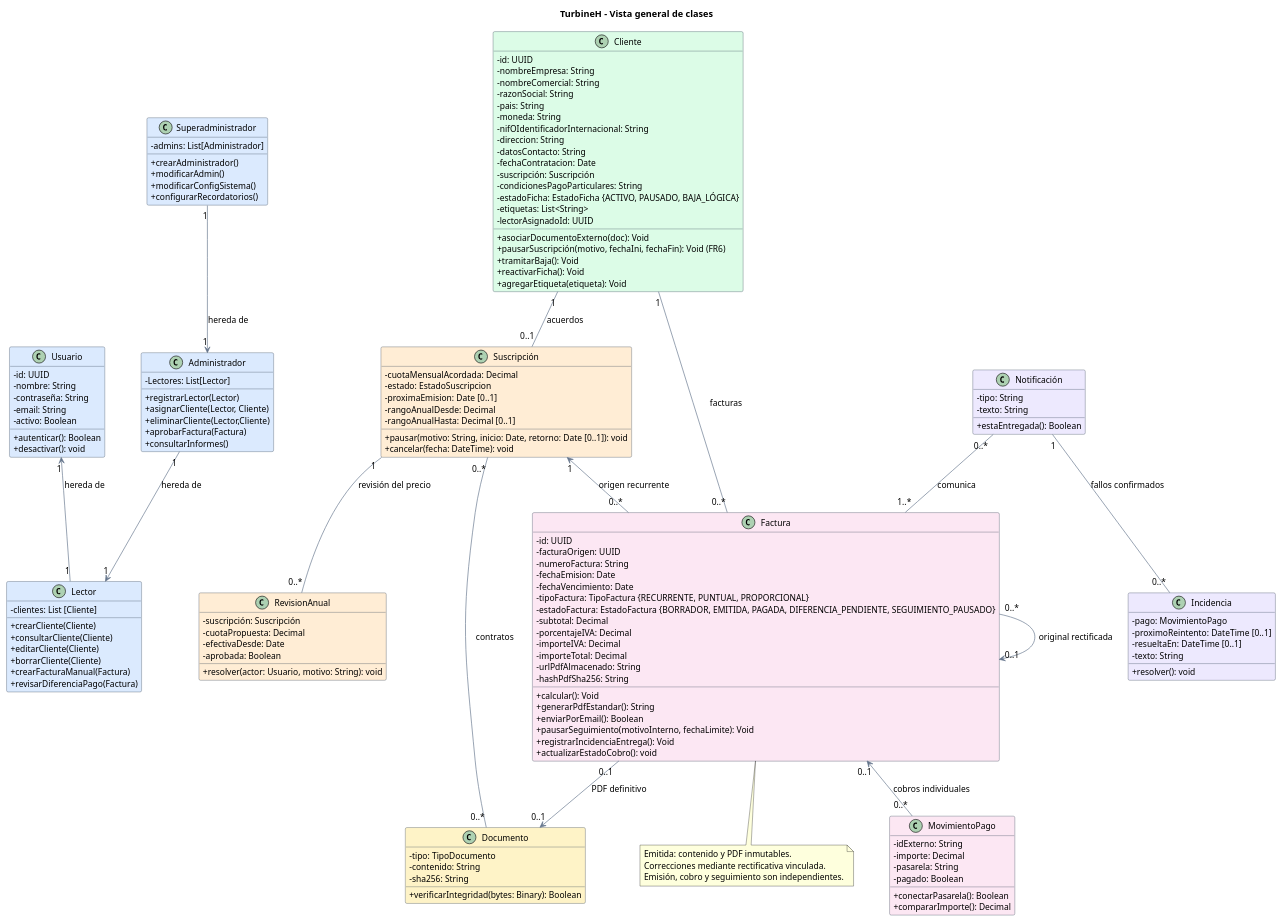
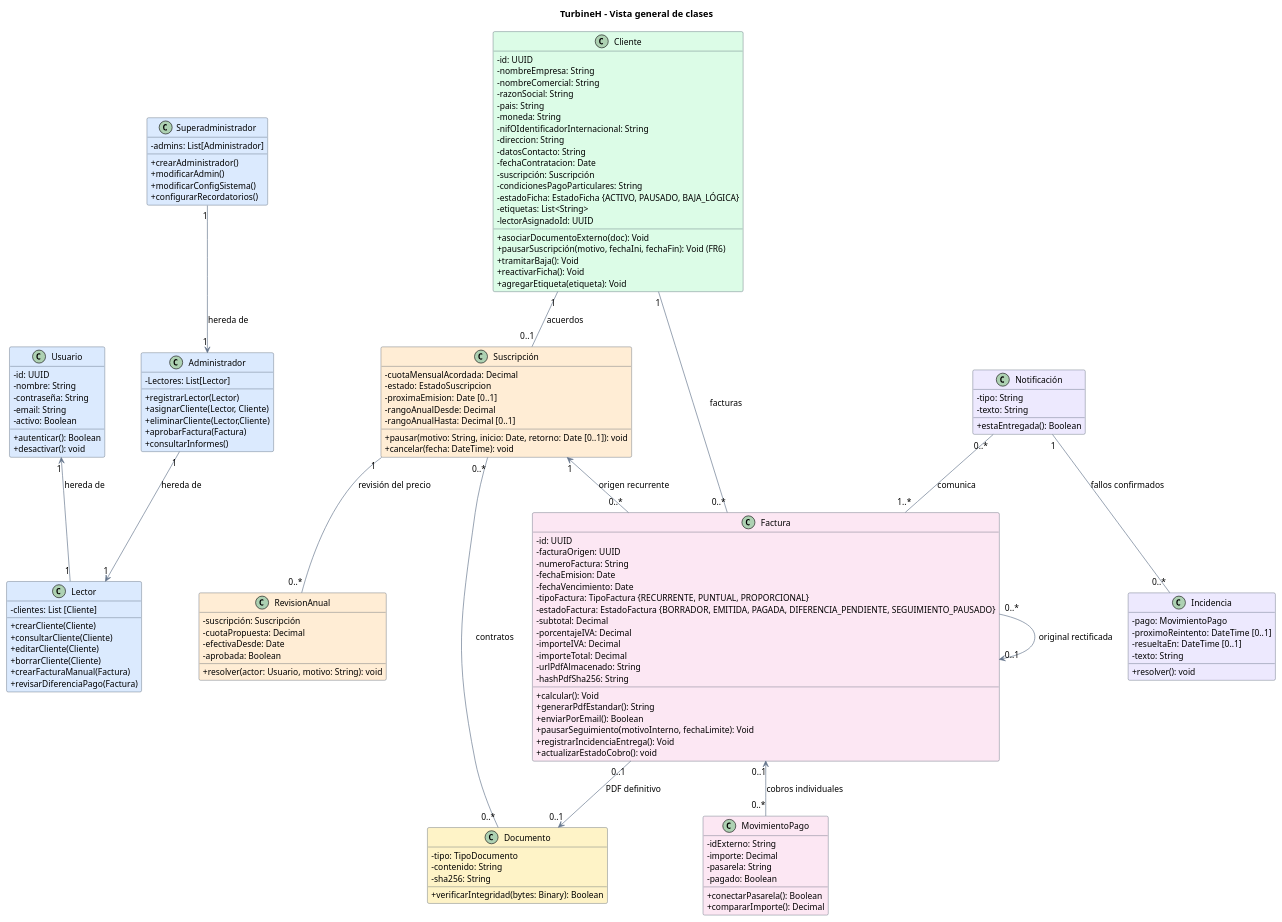
Before and after one commit to HBauty/Metodo-del-caso-ADAp: the diagram in Diagrama_de_Clases.puml, drawn with PlantUML.

```diff
--- a/Diagrama_de_Clases.puml
+++ b/Diagrama_de_Clases.puml
@@ -1,170 +1,162 @@
 @startuml TurbineH_clases
 ' Vista general del mismo modelo desarrollado en las vistas de detalle.
 ' Solo se muestran clases centrales y operaciones representativas.
 ' UTF-8. Vista autocontenida: no necesita includes ni archivos externos.
 top to bottom direction
 skinparam backgroundColor #FFFFFF
 skinparam shadowing false
 skinparam defaultFontName Arial
 skinparam defaultFontSize 13
 skinparam classAttributeIconSize 0
 skinparam nodesep 55
 skinparam ranksep 65
 skinparam ArrowColor #64748B
 skinparam class {
   BackgroundColor #F8FAFC
   BorderColor #334155
   BackgroundColor<<referencia>> #E2E8F0
   BackgroundColor<<servicio>> #DBEAFE
   BackgroundColor<<control>> #E0E7FF
   BackgroundColor<<adaptador>> #DCFCE7
   BackgroundColor<<inmutable>> #FEF3C7
 }
 hide empty members
 
 title TurbineH - Vista general de clases
 
 class Usuario #DBEAFE {
   - id: UUID
   - nombre: String 
   - contraseña: String
   - email: String
   - activo: Boolean
   + autenticar(): Boolean
   + desactivar(): void
 }
 class Lector #DBEAFE {
  - clientes: List [Cliente]
  + crearCliente(Cliente)    
  + consultarCliente(Cliente)        
  + editarCliente(Cliente)            
  + borrarCliente(Cliente)       
  + crearFacturaManual(Factura)      
  + revisarDiferenciaPago(Factura)
 }
 class Administrador #DBEAFE {
 - Lectores: List[Lector]
 + registrarLector(Lector)  
 + asignarCliente(Lector, Cliente)     
 + eliminarCliente(Lector,Cliente)    
 + aprobarFactura(Factura) 
 + consultarInformes() 
 }
 class Superadministrador #DBEAFE {
 - admins: List[Administrador]
 + crearAdministrador()
 + modificarAdmin()      
 + modificarConfigSistema() 
 + configurarRecordatorios() 
 }
 class Cliente #DCFCE7 {
   - id: UUID                                                                 
  - nombreEmpresa: String                                                    
  - nombreComercial: String                                                  
  - razonSocial: String                                                      
  - pais: String                                                             
  - moneda: String                                                           
  - nifOIdentificadorInternacional: String            
  - direccion: String                                                        
  - datosContacto: String                                                    
  - fechaContratacion: Date                                                  
  - suscripción: Suscripción                                           
  - condicionesPagoParticulares: String                                      
  - estadoFicha: EstadoFicha {ACTIVO, PAUSADO, BAJA_LÓGICA} 
  - etiquetas: List<String>                                            
  - lectorAsignadoId: UUID                                                  
   + asociarDocumentoExterno(doc): Void                              
   + pausarSuscripción(motivo, fechaIni, fechaFin): Void (FR6)                
   + tramitarBaja(): Void                                              
   + reactivarFicha(): Void                                                         
   + agregarEtiqueta(etiqueta): Void 
 }
 class Suscripción #FFEDD5 {
   - cuotaMensualAcordada: Decimal
   - estado: EstadoSuscripcion
   - proximaEmision: Date [0..1]
   - rangoAnualDesde: Decimal
   - rangoAnualHasta: Decimal [0..1]
   + pausar(motivo: String, inicio: Date, retorno: Date [0..1]): void
   + cancelar(fecha: DateTime): void
 }
 
 class RevisionAnual #FFEDD5 {
   - suscripción: Suscripción
   - cuotaPropuesta: Decimal
   - efectivaDesde: Date
   - aprobada: Boolean
   + resolver(actor: Usuario, motivo: String): void
 }
 class Factura #FCE7F3 {
   - id: UUID       
   - facturaOrigen: UUID                                                          
   - numeroFactura: String                   
   - fechaEmision: Date                                                        
   - fechaVencimiento: Date                                                   
   - tipoFactura: TipoFactura {RECURRENTE, PUNTUAL, PROPORCIONAL}             
   - estadoFactura: EstadoFactura {BORRADOR, EMITIDA, PAGADA, DIFERENCIA_PENDIENTE, SEGUIMIENTO_PAUSADO}
   - subtotal: Decimal                                                 
   - porcentajeIVA: Decimal                                             
  - importeIVA: Decimal                                
 - importeTotal: Decimal                                             
 - urlPdfAlmacenado: String                                                 
 - hashPdfSha256: String 
   + calcular(): Void                                                                         
   + generarPdfEstandar(): String             
   + enviarPorEmail(): Boolean                                         
   + pausarSeguimiento(motivoInterno, fechaLimite): Void               
   + registrarIncidenciaEntrega(): Void 
   + actualizarEstadoCobro(): void
 }
 
 class MovimientoPago #FCE7F3 {
   - idExterno: String
   - importe: Decimal
   - pasarela: String
   - pagado: Boolean
   + conectarPasarela(): Boolean
   + compararImporte(): Decimal
 }
 class Documento #FEF3C7 {
   - tipo: TipoDocumento
   - contenido: String
   - sha256: String
   + verificarIntegridad(bytes: Binary): Boolean
 }
 class Notificación #EDE9FE {
   - tipo: String
   - texto: String
   + estaEntregada(): Boolean
 }
 class Incidencia #EDE9FE {
   - pago: MovimientoPago
   - proximoReintento: DateTime [0..1]
   - resueltaEn: DateTime [0..1]
   - texto: String 
   + resolver(): void
 }
 
 Usuario "1" <-- "1" Lector : hereda de
 Administrador "1" --> "1" Lector : hereda de
 Superadministrador "1" --> "1" Administrador : hereda de
 Cliente "1" -- "0..1" Suscripción : acuerdos
 Cliente "1" -- "0..*" Factura : facturas
 Suscripción "1" -- "0..*" RevisionAnual : revisión del precio
 Suscripción "1" <-- "0..*" Factura : origen recurrente
 Factura "0..*" --> "0..1" Factura : original rectificada
 Factura "0..1" <-- "0..*" MovimientoPago : cobros individuales
 Factura "0..1" --> "0..1" Documento : PDF definitivo
 Suscripción "0..*" -- "0..*" Documento : contratos
 Notificación "0..*" -- "1..*" Factura : comunica
 Notificación "1" -- "0..*" Incidencia : fallos confirmados
 
-
-
-note bottom of Factura
-  Emitida: contenido y PDF inmutables.
-  Correcciones mediante rectificativa vinculada.
-  Emisión, cobro y seguimiento son independientes.
-end note
-
 @enduml
```
